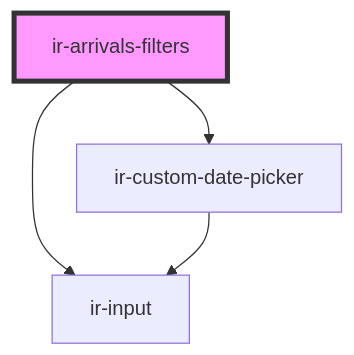
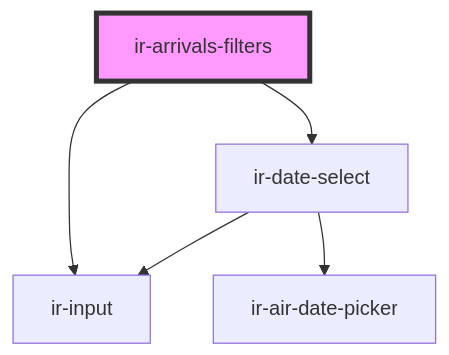
The diagram in src/components/ir-arrivals/ir-arrivals-filters/readme.md (RonyRizk/ir-webcmp), drawn with Mermaid before and after one commit. The commit also changed other lines of this file and 586 other files, not shown here.

````diff
--- a/src/components/ir-arrivals/ir-arrivals-filters/readme.md
+++ b/src/components/ir-arrivals/ir-arrivals-filters/readme.md
@@ -16,7 +16,8 @@
 ```mermaid
 graph TD;
-  ir-arrivals-filters --> ir-custom-date-picker
+  ir-arrivals-filters --> ir-date-select
   ir-arrivals-filters --> ir-input
-  ir-custom-date-picker --> ir-input
+  ir-date-select --> ir-input
+  ir-date-select --> ir-air-date-picker
   style ir-arrivals-filters fill:#f9f,stroke:#333,stroke-width:4px
 ```
````
